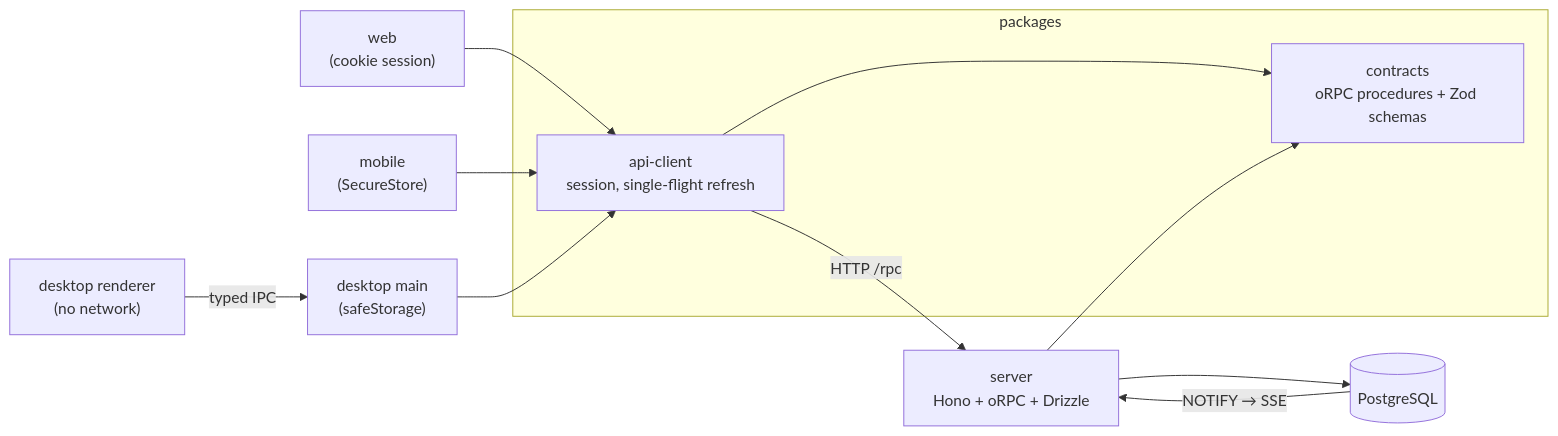
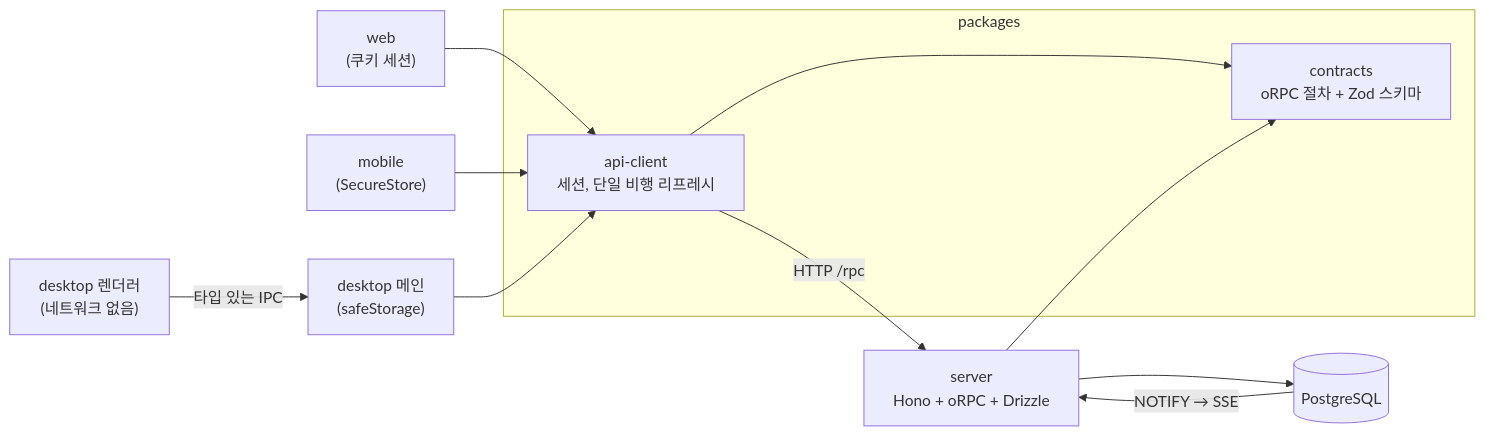
One commit to wdevelope/fullstack-monorepo-starter changed the second of 4 diagrams in README.md. Above: the diagram before and after it, drawn with Mermaid. The commit also changed other lines of this file and 34 other files, not shown here.

````diff
--- a/README.md
+++ b/README.md
@@ -23,16 +92,16 @@
 ```mermaid
 flowchart LR
   subgraph packages
-    contracts["contracts<br/>oRPC procedures + Zod schemas"]
-    client["api-client<br/>session, single-flight refresh"]
+    contracts["contracts<br/>oRPC 절차 + Zod 스키마"]
+    client["api-client<br/>세션, 단일 비행 리프레시"]
   end
-  web["web<br/>(cookie session)"] --> client
+  web["web<br/>(쿠키 세션)"] --> client
   mobile["mobile<br/>(SecureStore)"] --> client
-  renderer["desktop renderer<br/>(no network)"] -- "typed IPC" --> main["desktop main<br/>(safeStorage)"]
+  renderer["desktop 렌더러<br/>(네트워크 없음)"] -- "타입 있는 IPC" --> main["desktop 메인<br/>(safeStorage)"]
   main --> client
   client --> contracts
   server["server<br/>Hono + oRPC + Drizzle"] --> contracts
   client -- "HTTP /rpc" --> server
   server --> db[(PostgreSQL)]
   db -- "NOTIFY → SSE" --> server
 ```
````
